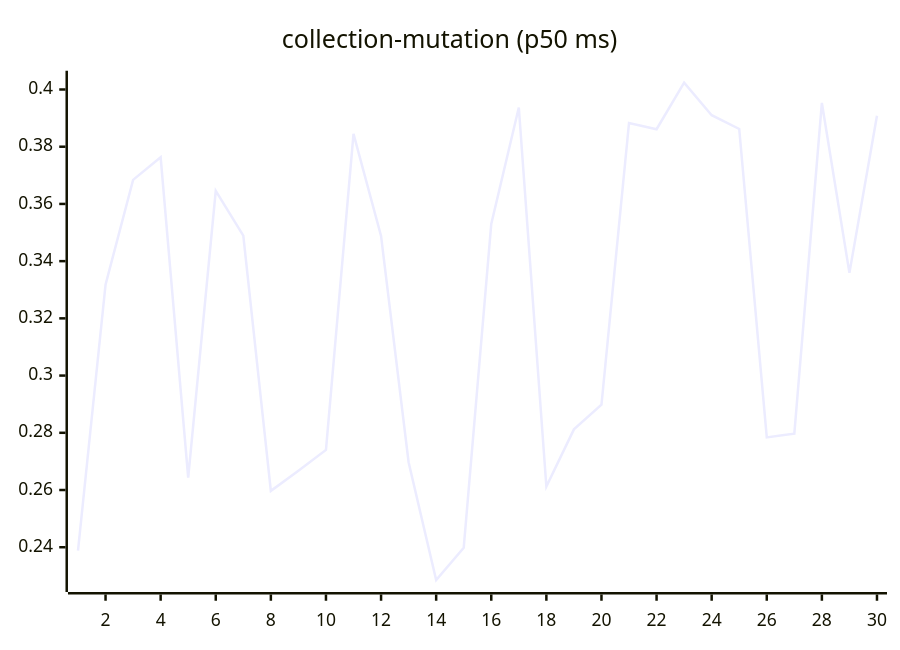
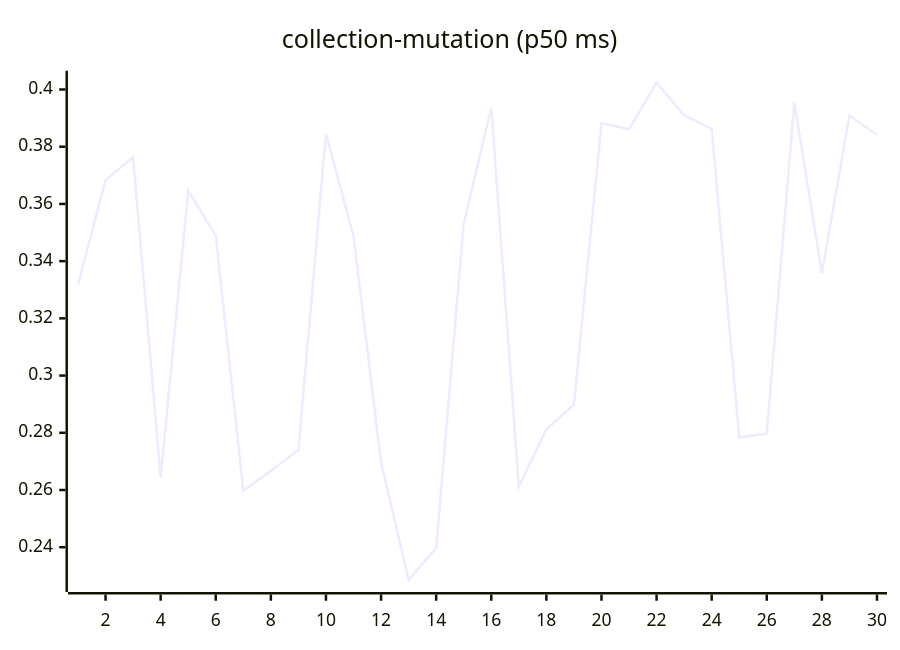
One commit to josha/Facet changed the sixth of 27 diagrams in README.md. Above: the diagram before and after it, drawn with Mermaid. The commit also changed other lines of this file and 2 other files, not shown here.

````diff
--- a/README.md
+++ b/README.md
@@ -98,6 +98,6 @@
 ```mermaid
 xychart-beta
     title "collection-mutation (p50 ms)"
     x-axis 1 --> 30
-    line [0.2388, 0.3318, 0.3684, 0.3763, 0.2643, 0.3646, 0.3489, 0.2597, 0.2667, 0.2740, 0.3845, 0.3488, 0.2697, 0.2285, 0.2398, 0.3530, 0.3937, 0.2612, 0.2812, 0.2898, 0.3883, 0.3861, 0.4024, 0.3910, 0.3862, 0.2784, 0.2797, 0.3953, 0.3359, 0.3908]
+    line [0.3318, 0.3684, 0.3763, 0.2643, 0.3646, 0.3489, 0.2597, 0.2667, 0.2740, 0.3845, 0.3488, 0.2697, 0.2285, 0.2398, 0.3530, 0.3937, 0.2612, 0.2812, 0.2898, 0.3883, 0.3861, 0.4024, 0.3910, 0.3862, 0.2784, 0.2797, 0.3953, 0.3359, 0.3908, 0.3842]
 ```
````
